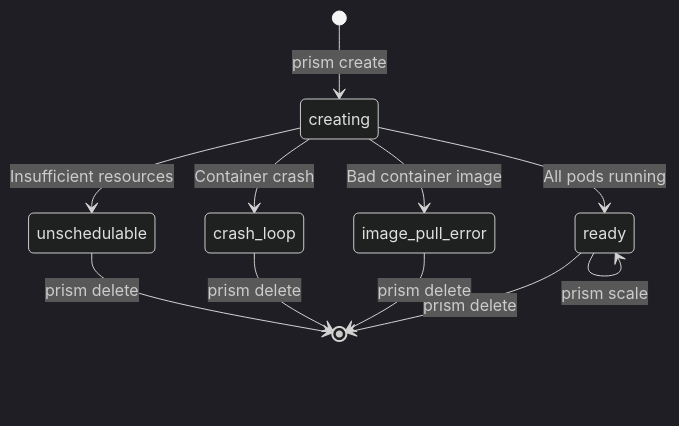
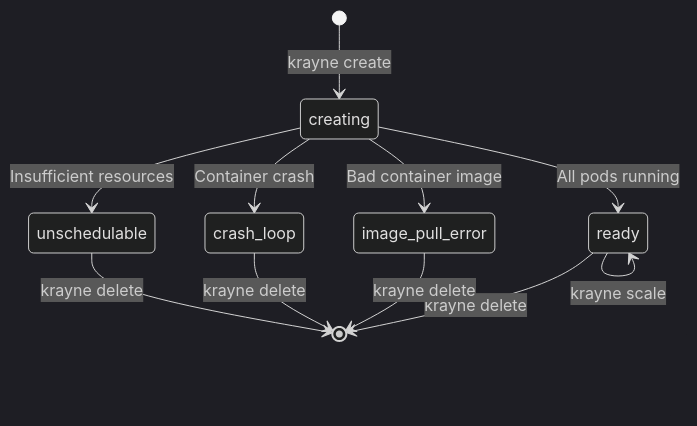
Before and after one commit to roulbac/krayne: the third of 4 diagrams in docs/guide/core-concepts.md, drawn with Mermaid (dark theme). The commit also changed other lines of this file and 51 other files, not shown here.

First line of the commit message:
Rename project from Prism to Krayne

````diff
--- a/docs/guide/core-concepts.md
+++ b/docs/guide/core-concepts.md
@@ -76,13 +76,13 @@
 ```mermaid
 stateDiagram-v2
-  [*] --> creating: prism create
+  [*] --> creating: krayne create
   creating --> ready: All pods running
   creating --> image_pull_error: Bad container image
   creating --> crash_loop: Container crash
   creating --> unschedulable: Insufficient resources
-  ready --> ready: prism scale
-  ready --> [*]: prism delete
-  image_pull_error --> [*]: prism delete
-  crash_loop --> [*]: prism delete
-  unschedulable --> [*]: prism delete
+  ready --> ready: krayne scale
+  ready --> [*]: krayne delete
+  image_pull_error --> [*]: krayne delete
+  crash_loop --> [*]: krayne delete
+  unschedulable --> [*]: krayne delete
 ```
````
